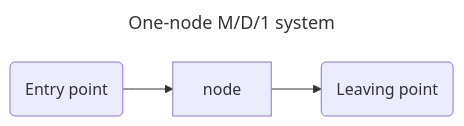
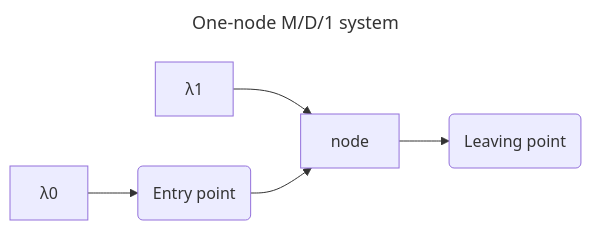
One commit to marco-create/queueing changed the first of 2 diagrams in README.md. Above: the diagram before and after it, drawn with Mermaid. The commit also changed other lines of this file and 4 other files, not shown here.

````diff
--- a/README.md
+++ b/README.md
@@ -29,9 +29,12 @@
 ```mermaid
 ---
 title: One-node M/D/1 system
 ---
   graph LR;
   A("Entry point")
   B("Leaving point")
+
+      λ0 --> A
+      λ1 --> node
       A --> node --> B
 ```
````
